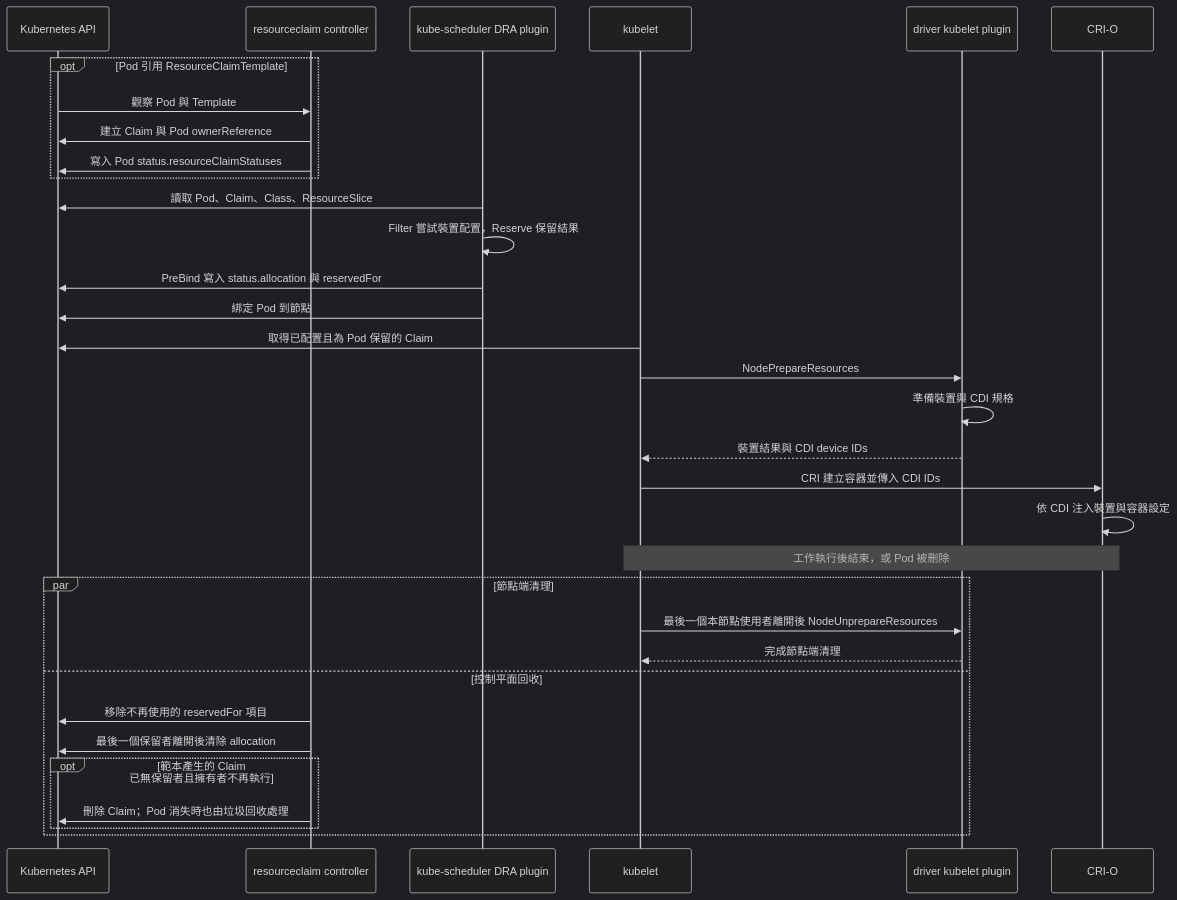
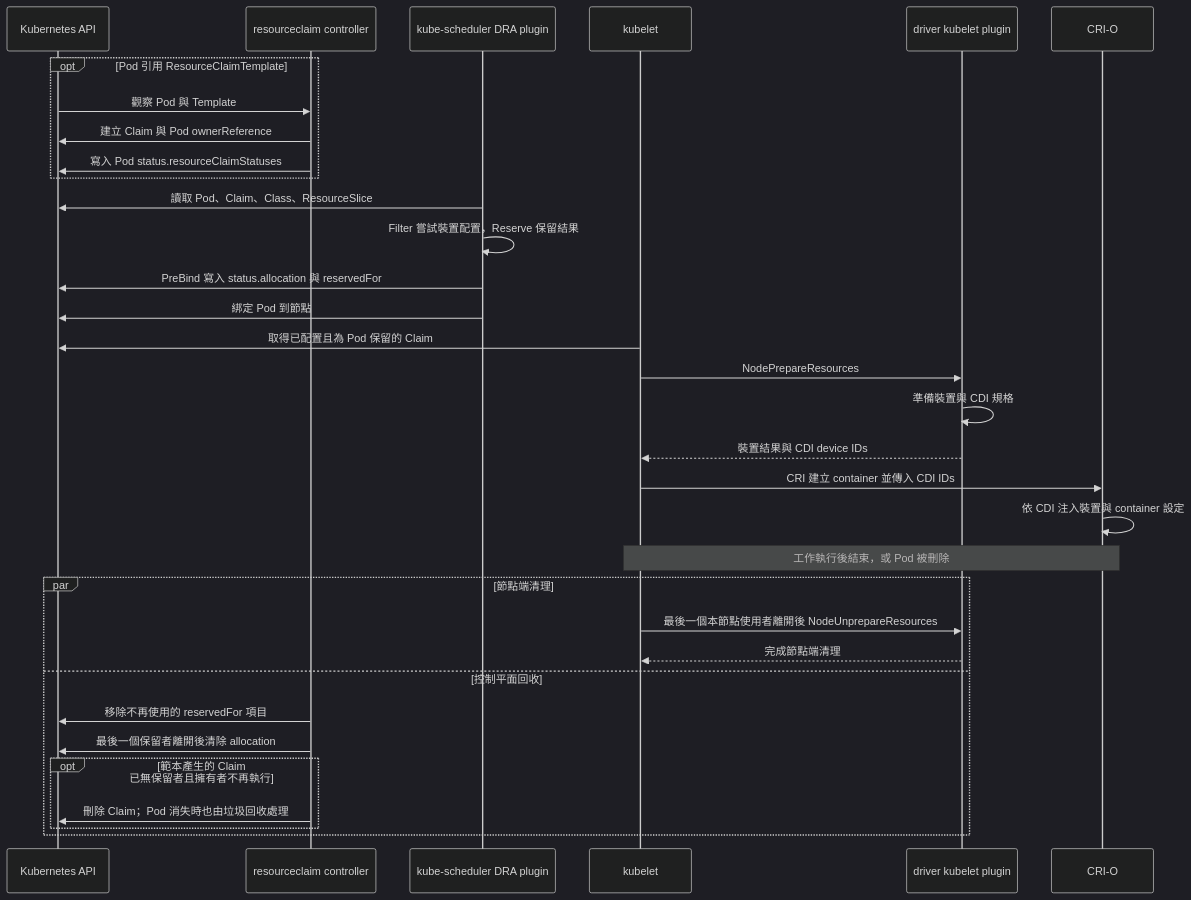
Before and after one commit to Daniel77871/dra-gpu-sharing-in-practice: the second of 2 diagrams in book/01-why-dra/dra-model.md, drawn with Mermaid (dark theme). The commit also changed other lines of this file and 80 other files, not shown here.

````diff
--- a/book/01-why-dra/dra-model.md
+++ b/book/01-why-dra/dra-model.md
@@ -42,35 +42,35 @@
 ```mermaid
 sequenceDiagram
   participant API as Kubernetes API
   participant RC as resourceclaim controller
   participant S as kube-scheduler DRA plugin
   participant K as kubelet
   participant D as driver kubelet plugin
   participant R as CRI-O
   opt Pod 引用 ResourceClaimTemplate
     API->>RC: 觀察 Pod 與 Template
     RC->>API: 建立 Claim 與 Pod ownerReference
     RC->>API: 寫入 Pod status.resourceClaimStatuses
   end
   S->>API: 讀取 Pod、Claim、Class、ResourceSlice
   S->>S: Filter 嘗試裝置配置，Reserve 保留結果
   S->>API: PreBind 寫入 status.allocation 與 reservedFor
   S->>API: 綁定 Pod 到節點
   K->>API: 取得已配置且為 Pod 保留的 Claim
   K->>D: NodePrepareResources
   D->>D: 準備裝置與 CDI 規格
   D-->>K: 裝置結果與 CDI device IDs
-  K->>R: CRI 建立容器並傳入 CDI IDs
-  R->>R: 依 CDI 注入裝置與容器設定
+  K->>R: CRI 建立 container 並傳入 CDI IDs
+  R->>R: 依 CDI 注入裝置與 container 設定
   Note over K,R: 工作執行後結束，或 Pod 被刪除
   par 節點端清理
     K->>D: 最後一個本節點使用者離開後 NodeUnprepareResources
     D-->>K: 完成節點端清理
   and 控制平面回收
     RC->>API: 移除不再使用的 reservedFor 項目
     RC->>API: 最後一個保留者離開後清除 allocation
     opt 範本產生的 Claim 已無保留者且擁有者不再執行
       RC->>API: 刪除 Claim；Pod 消失時也由垃圾回收處理
     end
   end
 ```
````
